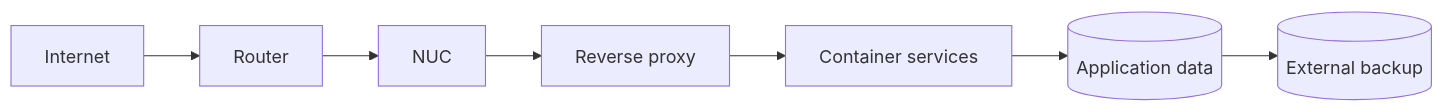
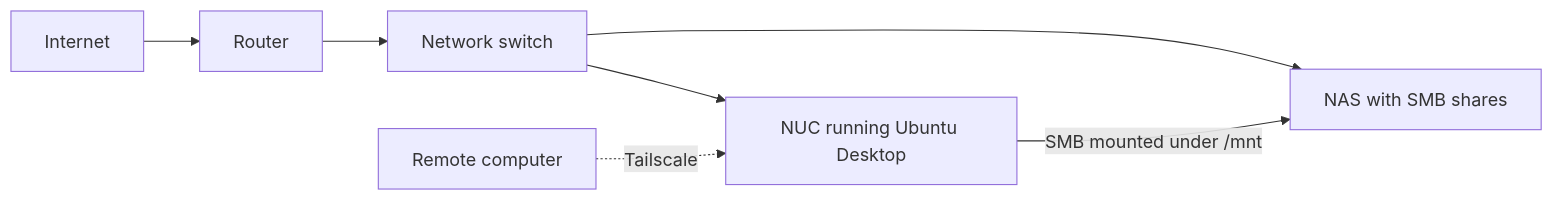
Before and after one commit to haroldchoo/roldyblog: the diagram in src/content/posts/building-a-home-for-the-nuc.md, drawn with Mermaid. The commit also changed other lines of this file and 2 other files, not shown here.

Commit message:
Rewrite NUC setup as an SOP

````diff
--- a/src/content/posts/building-a-home-for-the-nuc.md
+++ b/src/content/posts/building-a-home-for-the-nuc.md
@@ -56,9 +21,9 @@
 ```mermaid
 flowchart LR
   Internet --> Router
-  Router --> NUC
-  NUC --> Proxy[Reverse proxy]
-  Proxy --> Apps[Container services]
-  Apps --> Data[(Application data)]
-  Data --> Backup[(External backup)]
+  Router --> Switch[Network switch]
+  Switch --> NUC[NUC running Ubuntu Desktop]
+  Switch --> NAS[NAS with SMB shares]
+  Laptop[Remote computer] -. Tailscale .-> NUC
+  NUC -- SMB mounted under /mnt --> NAS
 ```
````
